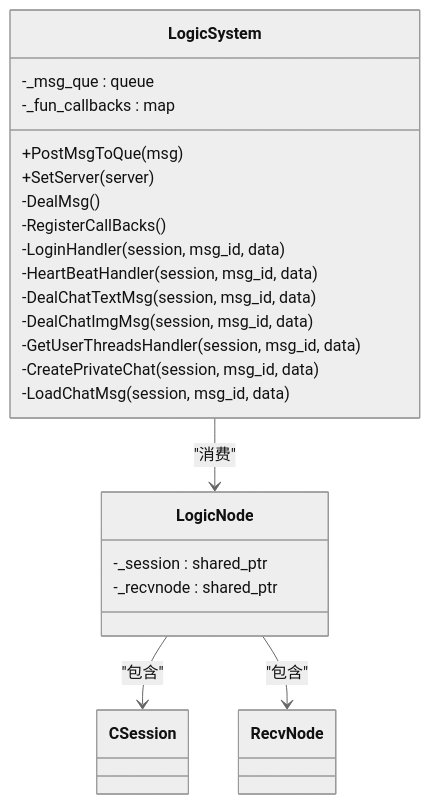
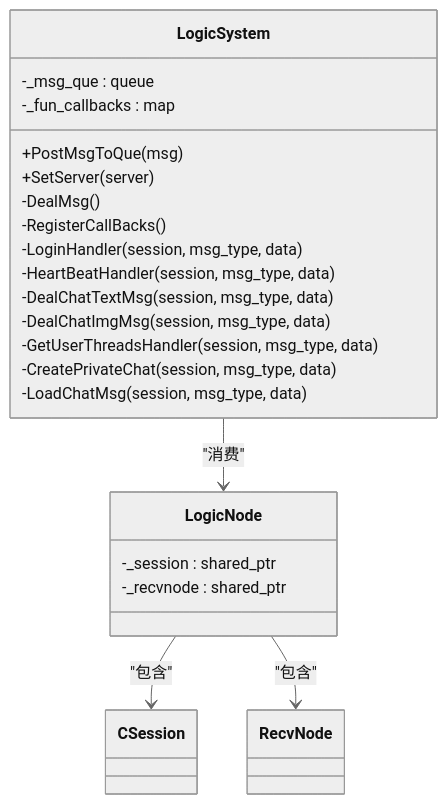
One commit to echo9923/mychatter changed the fourth of 11 diagrams in .qoder/repowiki/zh/content/架构设计/微服务架构设计/ChatServer聊天核心服务/ChatServer聊天核心服务.md. Above: the diagram before and after it, drawn with Mermaid (neutral theme). The commit also changed other lines of this file and 128 other files, not shown here.

First line of the commit message:
refactor(protocol): TCP 帧头消息类型 msg_id 全局改名为 msg_type

````diff
--- a/.qoder/repowiki/zh/content/架构设计/微服务架构设计/ChatServer聊天核心服务/ChatServer聊天核心服务.md
+++ b/.qoder/repowiki/zh/content/架构设计/微服务架构设计/ChatServer聊天核心服务/ChatServer聊天核心服务.md
@@ -182,27 +182,27 @@
 ```mermaid
 classDiagram
 class LogicSystem {
 +PostMsgToQue(msg)
 +SetServer(server)
 -DealMsg()
 -RegisterCallBacks()
--LoginHandler(session, msg_id, data)
--HeartBeatHandler(session, msg_id, data)
--DealChatTextMsg(session, msg_id, data)
--DealChatImgMsg(session, msg_id, data)
--GetUserThreadsHandler(session, msg_id, data)
--CreatePrivateChat(session, msg_id, data)
--LoadChatMsg(session, msg_id, data)
+-LoginHandler(session, msg_type, data)
+-HeartBeatHandler(session, msg_type, data)
+-DealChatTextMsg(session, msg_type, data)
+-DealChatImgMsg(session, msg_type, data)
+-GetUserThreadsHandler(session, msg_type, data)
+-CreatePrivateChat(session, msg_type, data)
+-LoadChatMsg(session, msg_type, data)
 -_msg_que : queue<LogicNode>
 -_fun_callbacks : map<short, FunCallBack>
 }
 class LogicNode {
 -_session : shared_ptr<CSession>
 -_recvnode : shared_ptr<RecvNode>
 }
 class CSession
 class RecvNode
 LogicSystem --> LogicNode : "消费"
 LogicNode --> CSession : "包含"
 LogicNode --> RecvNode : "包含"
 ```
````
